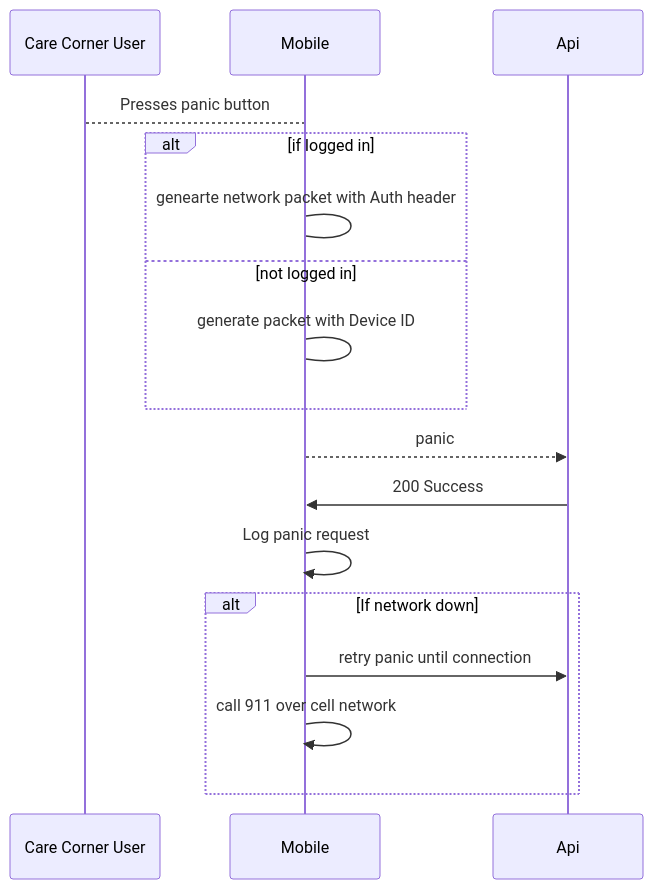
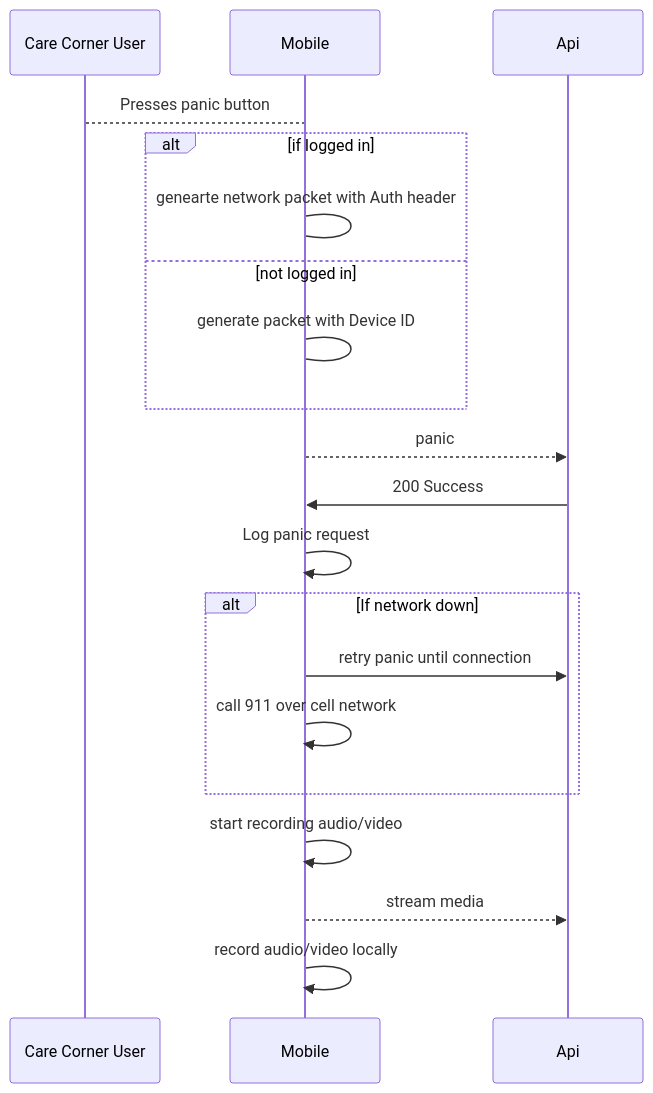
Before and after one commit to redeem4/Care_Corner: the diagram in design/sequences/user-presses-panic.md, drawn with Mermaid.

Commit message:
Update mobile panic sequence with audio/video recording step.

````diff
--- a/design/sequences/user-presses-panic.md
+++ b/design/sequences/user-presses-panic.md
@@ -5,16 +5,19 @@
 ```mermaid
 sequenceDiagram
     Care Corner User-->Mobile: Presses panic button
     alt if logged in
     Mobile->Mobile: genearte network packet with Auth header
     else not logged in
     Mobile->Mobile: generate packet with Device ID
     end
     Mobile-->>Api: panic
     Api->>Mobile: 200 Success
     Mobile->>Mobile: Log panic request
     alt If network down
     Mobile->>Api: retry panic until connection
     Mobile->>Mobile: call 911 over cell network
     end
+    Mobile->>Mobile: start recording audio/video
+    Mobile-->>Api: stream media
+    Mobile->>Mobile: record audio/video locally
 ```
````
